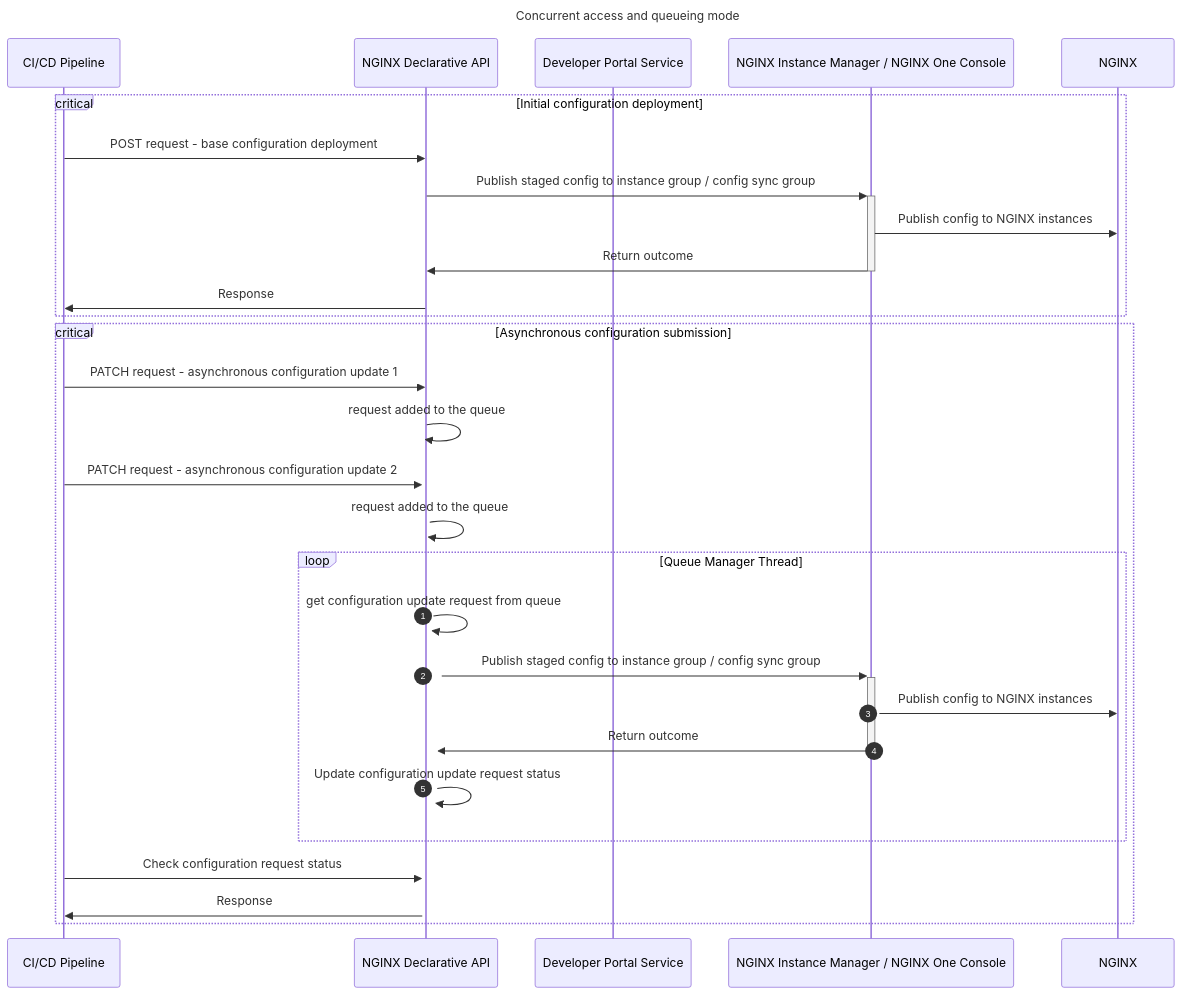
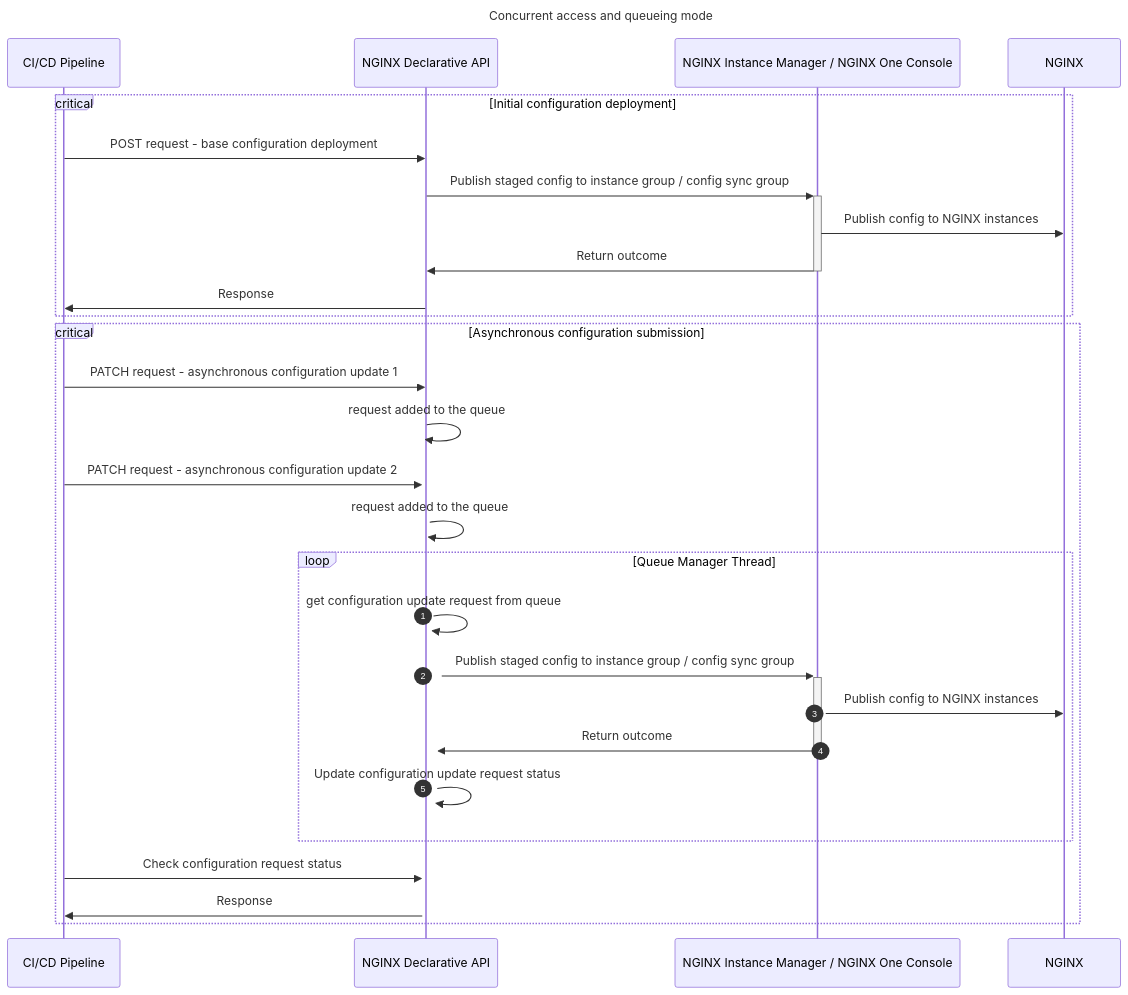
One commit to f5devcentral/NGINX-Declarative-API changed the third of 3 diagrams in README.md. Above: the diagram before and after it, drawn with Mermaid.

Commit message:
20250410-04 - v5.3.0 - asynchronous submissions first release

````diff
--- a/README.md
+++ b/README.md
@@ -135,49 +135,48 @@
 ```mermaid
 sequenceDiagram
 
 title Concurrent access and queueing mode
 
 participant CI/CD Pipeline
 participant NGINX Declarative API
-participant Developer Portal Service
 participant NGINX Instance Manager / NGINX One Console
 participant NGINX
 
 critical Initial configuration deployment
 
 CI/CD Pipeline ->> NGINX Declarative API: POST request - base configuration deployment
 
 NGINX Declarative API ->>+ NGINX Instance Manager / NGINX One Console: Publish staged config to instance group / config sync group
 NGINX Instance Manager / NGINX One Console ->> NGINX: Publish config to NGINX instances
 NGINX Instance Manager / NGINX One Console ->>- NGINX Declarative API: Return outcome
 
 NGINX Declarative API ->> CI/CD Pipeline: Response
 
 end
 
 critical Asynchronous configuration submission
 
 CI/CD Pipeline ->> NGINX Declarative API: PATCH request - asynchronous configuration update 1
 NGINX Declarative API ->>+ NGINX Declarative API: request added to the queue
 CI/CD Pipeline ->> NGINX Declarative API: PATCH request - asynchronous configuration update 2 
 NGINX Declarative API ->>+ NGINX Declarative API: request added to the queue
 
 
 loop Queue Manager Thread
 autonumber 1
 
 NGINX Declarative API ->>+ NGINX Declarative API: get configuration update request from queue
 
 NGINX Declarative API ->>+ NGINX Instance Manager / NGINX One Console: Publish staged config to instance group / config sync group
 NGINX Instance Manager / NGINX One Console ->> NGINX: Publish config to NGINX instances
 NGINX Instance Manager / NGINX One Console ->>- NGINX Declarative API: Return outcome
 NGINX Declarative API ->> NGINX Declarative API: Update configuration update request status
 
 autonumber off
 end
 
 CI/CD Pipeline ->> NGINX Declarative API: Check configuration request status
 NGINX Declarative API ->> CI/CD Pipeline: Response
 
 end
 ```
````
